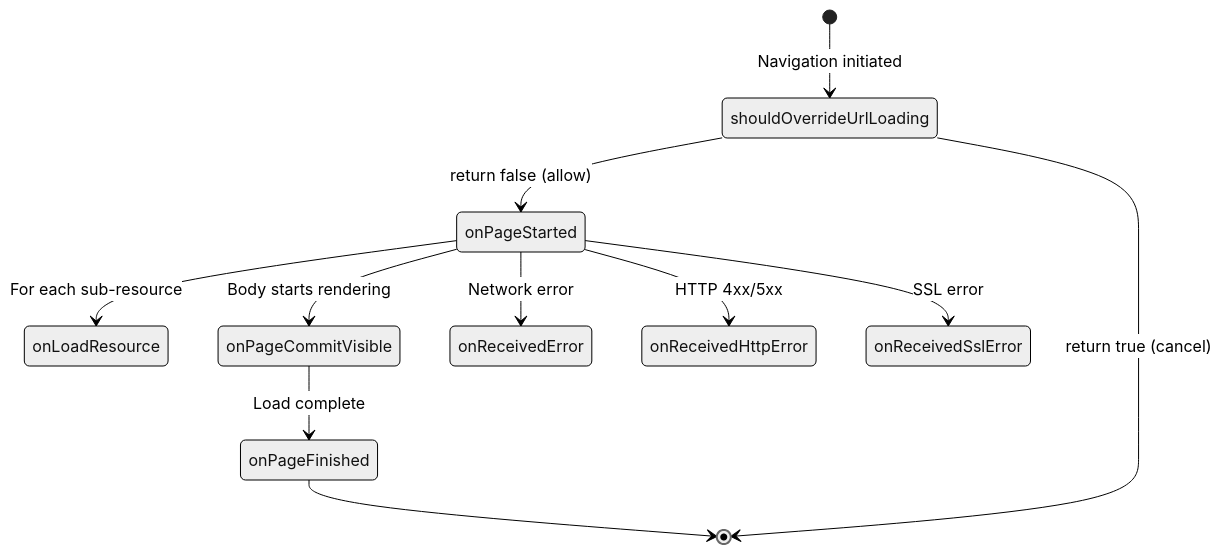
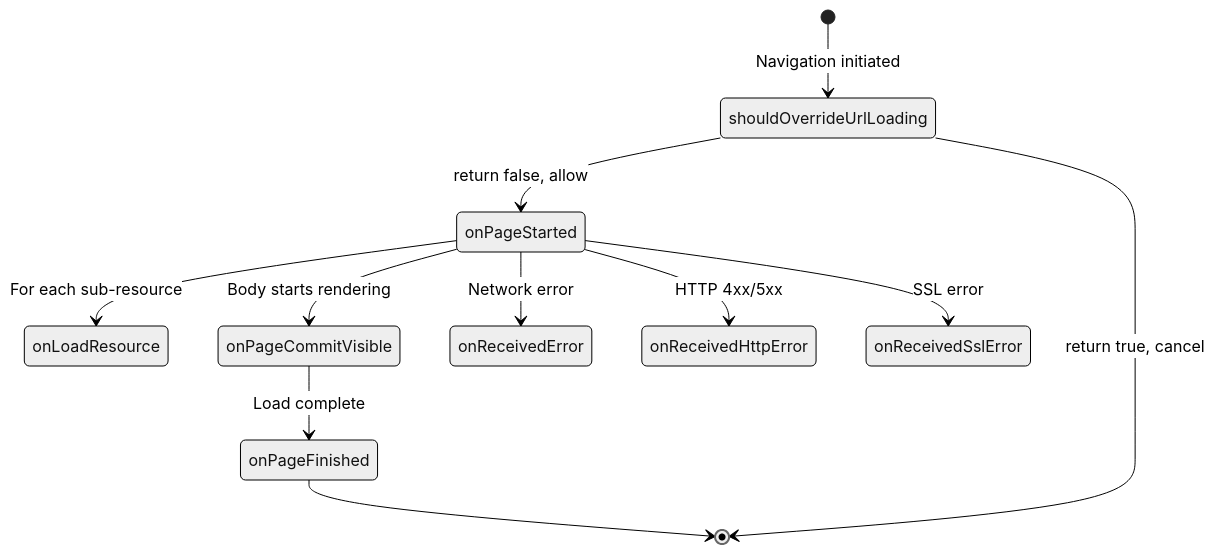
Before and after one commit to fwrite0920/aosp-internal-book: the ninth of 17 diagrams in 44-webview.md, drawn with Mermaid (neutral theme). The commit also changed other lines of this file and 21 other files, not shown here.

First line of the commit message:
Fix Mermaid diagrams and formatting in Parts IX-XV and Appendix A (chapters 40-63)

````diff
--- a/44-webview.md
+++ b/44-webview.md
@@ -966,16 +966,16 @@
 ```mermaid
 stateDiagram-v2
     [*] --> shouldOverrideUrlLoading : Navigation initiated
-    shouldOverrideUrlLoading --> onPageStarted : return false (allow)
-    shouldOverrideUrlLoading --> [*] : return true (cancel)
+    shouldOverrideUrlLoading --> onPageStarted : return false, allow
+    shouldOverrideUrlLoading --> [*] : return true, cancel
 
     onPageStarted --> onLoadResource : For each sub-resource
     onPageStarted --> onPageCommitVisible : Body starts rendering
     onPageCommitVisible --> onPageFinished : Load complete
 
     onPageStarted --> onReceivedError : Network error
     onPageStarted --> onReceivedHttpError : HTTP 4xx/5xx
     onPageStarted --> onReceivedSslError : SSL error
 
     onPageFinished --> [*]
 ```
````
